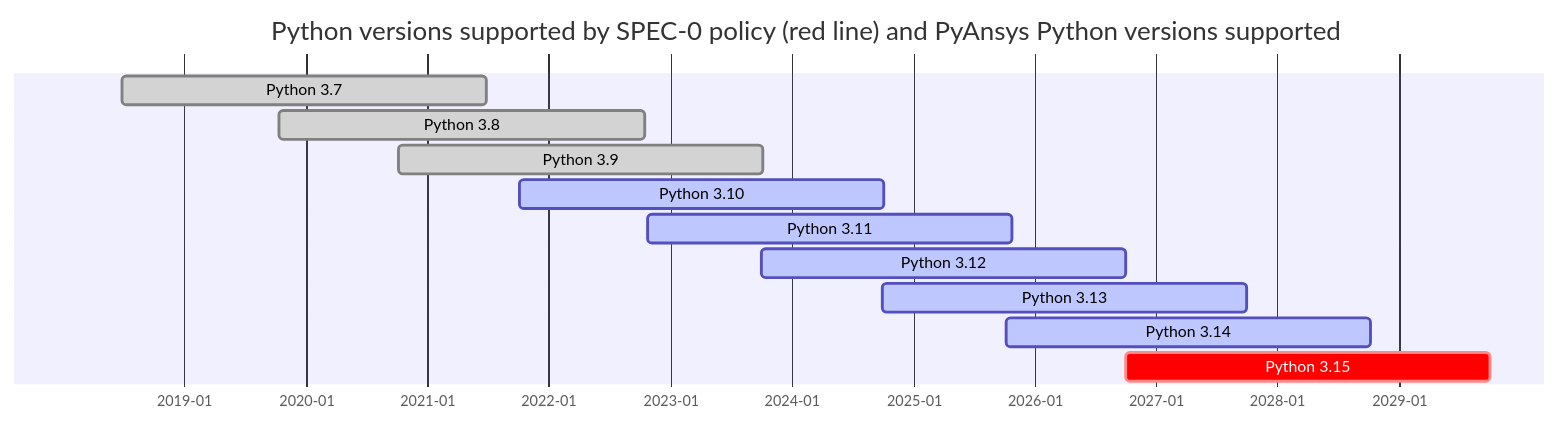
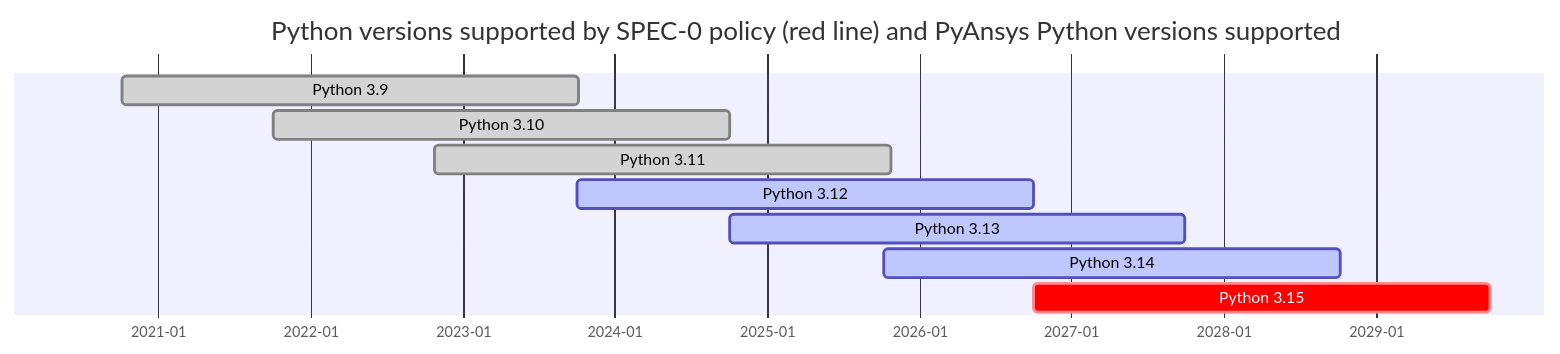
The diagram in doc/source/getting-started/prerequisites.rst (ansys/pyansys), drawn with Mermaid before and after one commit. The commit also changed 5 other files, not shown here.

```diff
--- a/doc/source/getting-started/prerequisites.rst
+++ b/doc/source/getting-started/prerequisites.rst
@@ -28,19 +28,17 @@
 .. mermaid::
     :caption: Python versions supported by SPEC-0 policy (red line) and PyAnsys Python versions supported (color coded)
     :alt: Current Python versions supported by the PyAnsys metapackage
     :align: center
 
     gantt
         title Python versions supported by SPEC-0 policy (red line) and PyAnsys Python versions supported
         dateFormat YYYY-MM-DD
         axisFormat %Y-%m
 
-        Python 3.7  :done,   des1, 2018-06-27, 3y
-        Python 3.8  :done,   des2, 2019-10-14, 3y
         Python 3.9  :done,   des3, 2020-10-05, 3y
-        Python 3.10 :active, des4, 2021-10-04, 3y
-        Python 3.11 :active, des5, 2022-10-24, 3y
+        Python 3.10 :done,   des4, 2021-10-04, 3y
+        Python 3.11 :done,   des5, 2022-10-24, 3y
         Python 3.12 :active, des6, 2023-10-02, 3y
         Python 3.13 :active, des7, 2024-10-01, 3y
         Python 3.14 :active, des8, 2025-10-07, 3y
         Python 3.15 :crit,   des8, 2026-10-01, 3y
```
